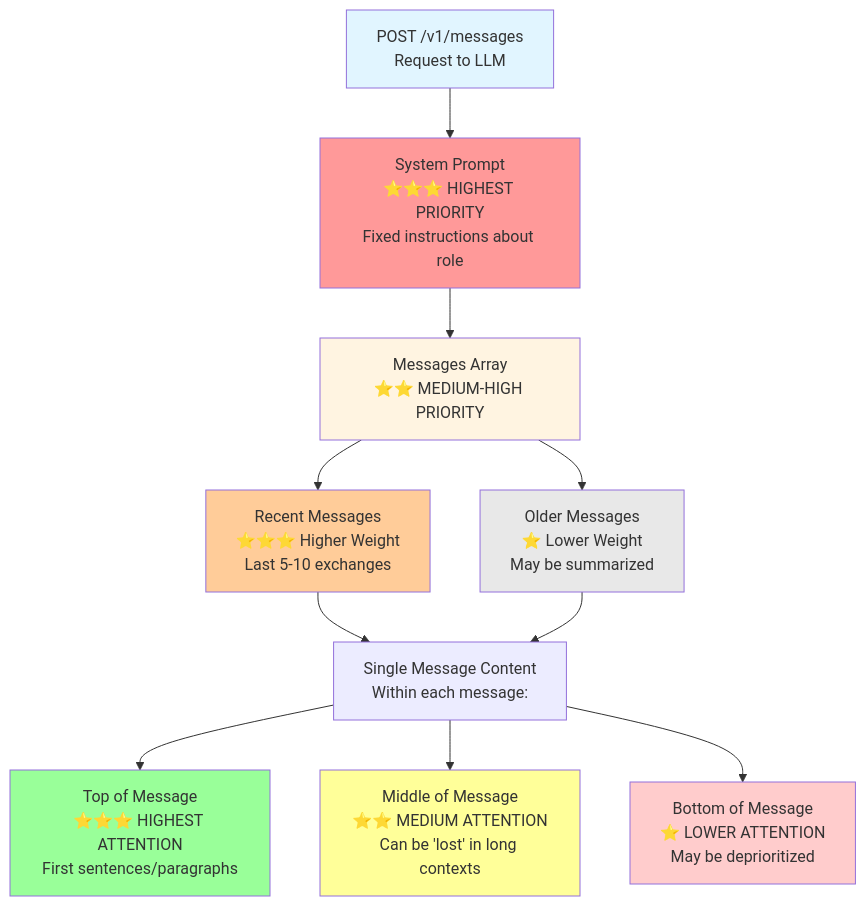
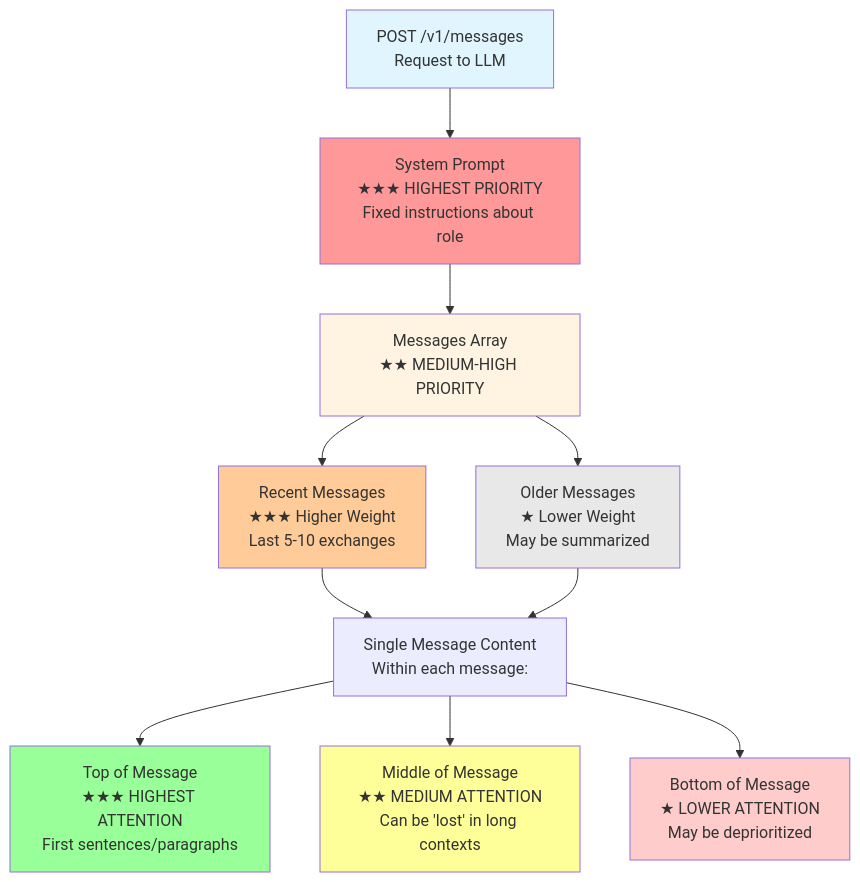
Before and after one commit to uz0/llm: the second of 2 diagrams in docs/01_prompt.md, drawn with Mermaid. The commit also changed other lines of this file and 16 other files, not shown here.

````diff
--- a/docs/01_prompt.md
+++ b/docs/01_prompt.md
@@ -69,25 +75,25 @@
 ```mermaid
 flowchart TD
-    A["POST /v1/messages<br/>Request to LLM"] --> B["System Prompt<br/>⭐⭐⭐ HIGHEST PRIORITY<br/>Fixed instructions about role"]
+    A["POST /v1/messages<br/>Request to LLM"] --> B["System Prompt<br/>★★★ HIGHEST PRIORITY<br/>Fixed instructions about role"]
 
-    B --> C["Messages Array<br/>⭐⭐ MEDIUM-HIGH PRIORITY"]
+    B --> C["Messages Array<br/>★★ MEDIUM-HIGH PRIORITY"]
 
-    C --> D["Recent Messages<br/>⭐⭐⭐ Higher Weight<br/>Last 5-10 exchanges"]
-    C --> E["Older Messages<br/>⭐ Lower Weight<br/>May be summarized"]
+    C --> D["Recent Messages<br/>★★★ Higher Weight<br/>Last 5-10 exchanges"]
+    C --> E["Older Messages<br/>★ Lower Weight<br/>May be summarized"]
 
     D --> F["Single Message Content<br/>Within each message:"]
     E --> F
 
-    F --> G["Top of Message<br/>⭐⭐⭐ HIGHEST ATTENTION<br/>First sentences/paragraphs"]
-    F --> H["Middle of Message<br/>⭐⭐ MEDIUM ATTENTION<br/>Can be 'lost' in long contexts"]
-    F --> I["Bottom of Message<br/>⭐ LOWER ATTENTION<br/>May be deprioritized"]
+    F --> G["Top of Message<br/>★★★ HIGHEST ATTENTION<br/>First sentences/paragraphs"]
+    F --> H["Middle of Message<br/>★★ MEDIUM ATTENTION<br/>Can be 'lost' in long contexts"]
+    F --> I["Bottom of Message<br/>★ LOWER ATTENTION<br/>May be deprioritized"]
 
     style A fill:#e1f5ff
     style B fill:#ff9999
     style C fill:#fff4e1
     style D fill:#ffcc99
     style E fill:#e8e8e8
     style G fill:#99ff99
     style H fill:#ffff99
     style I fill:#ffcccc
 ```
````
